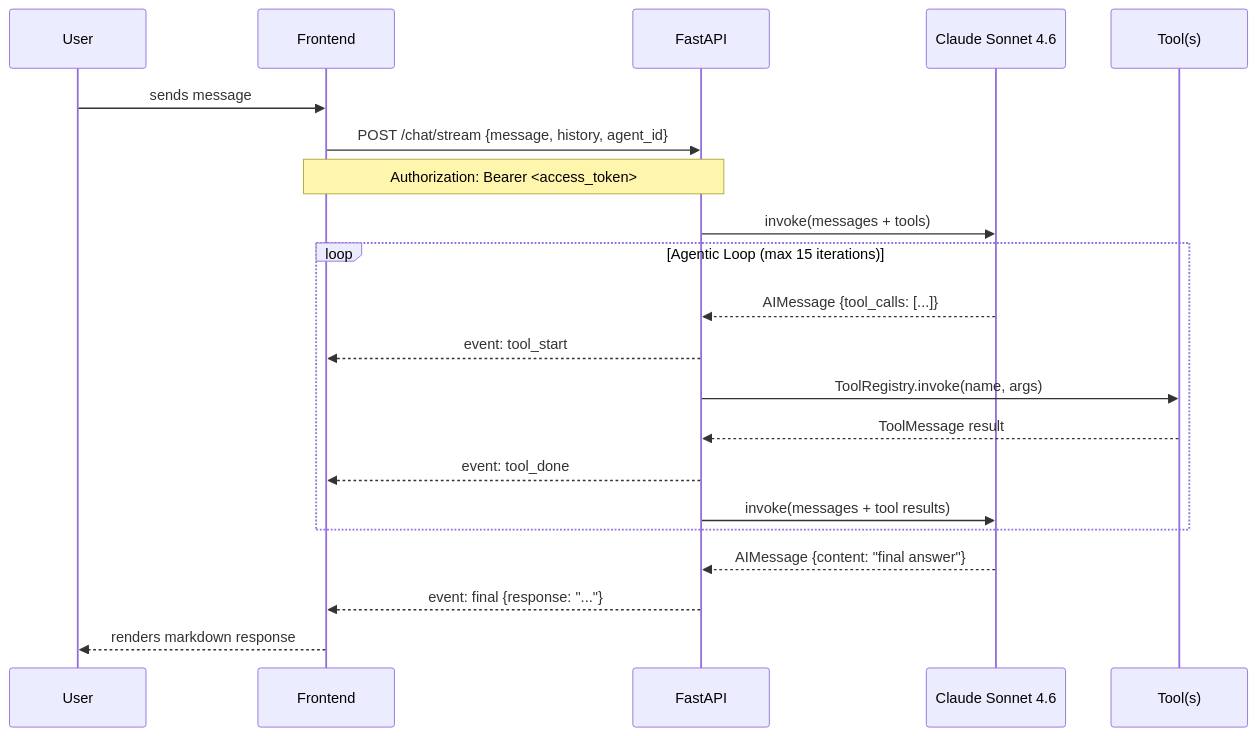
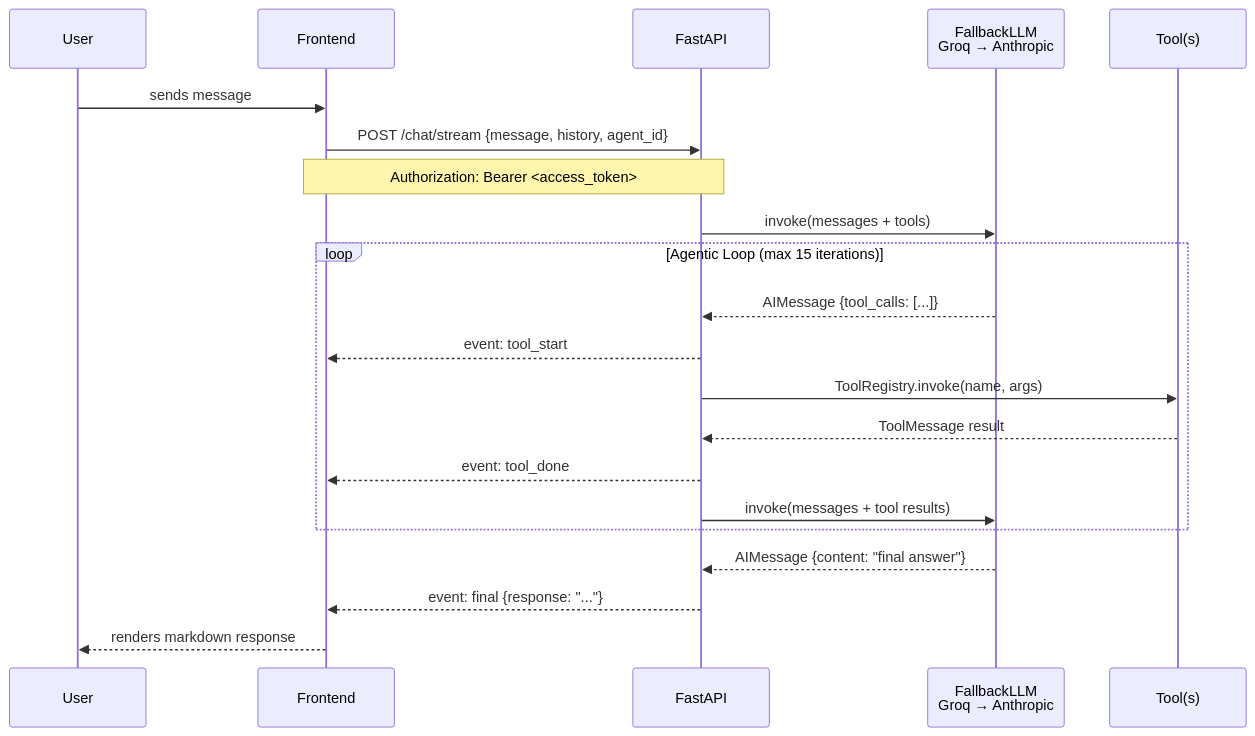
Before and after one commit to aset-platform/ai-agent-ui: the second of 4 diagrams in README.md, drawn with Mermaid. The commit also changed other lines of this file and 19 other files, not shown here.

First line of the commit message:
refactor: N-tier Groq LLM cascade with budget-aware routing (#71)

````diff
--- a/README.md
+++ b/README.md
@@ -127,26 +127,26 @@
 ```mermaid
 sequenceDiagram
     participant U as User
     participant FE as Frontend
     participant BE as FastAPI
-    participant LLM as Claude Sonnet 4.6
+    participant LLM as FallbackLLM<br/>Groq → Anthropic
     participant T as Tool(s)
 
     U->>FE: sends message
     FE->>BE: POST /chat/stream {message, history, agent_id}
     Note over FE,BE: Authorization: Bearer <access_token>
     BE->>LLM: invoke(messages + tools)
 
     loop Agentic Loop (max 15 iterations)
         LLM-->>BE: AIMessage {tool_calls: [...]}
         BE-->>FE: event: tool_start
         BE->>T: ToolRegistry.invoke(name, args)
         T-->>BE: ToolMessage result
         BE-->>FE: event: tool_done
         BE->>LLM: invoke(messages + tool results)
     end
 
     LLM-->>BE: AIMessage {content: "final answer"}
     BE-->>FE: event: final {response: "..."}
     FE-->>U: renders markdown response
 ```
````
